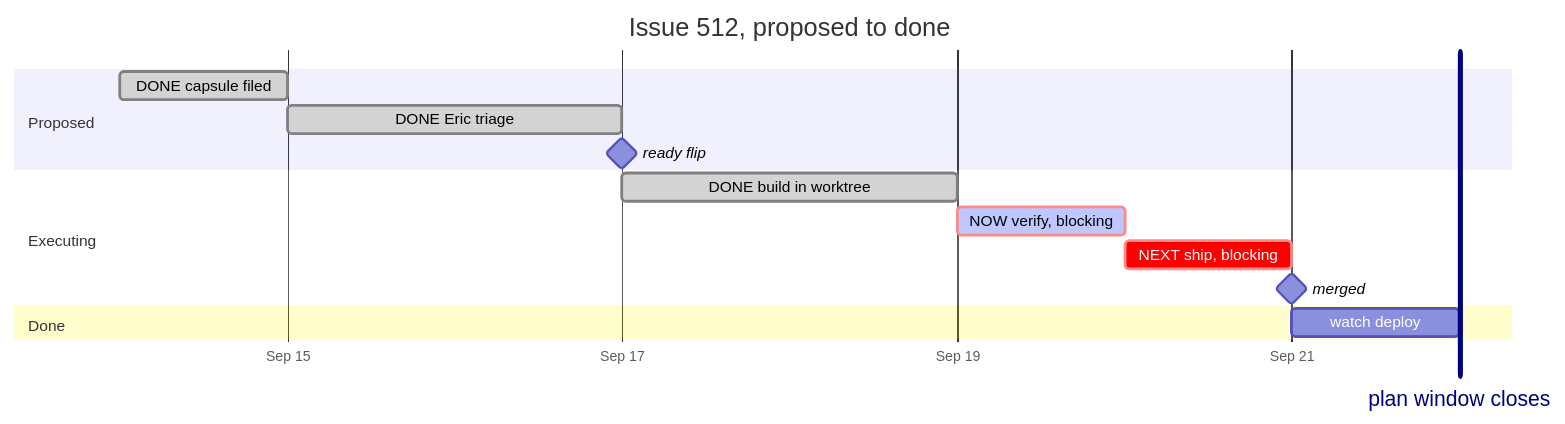
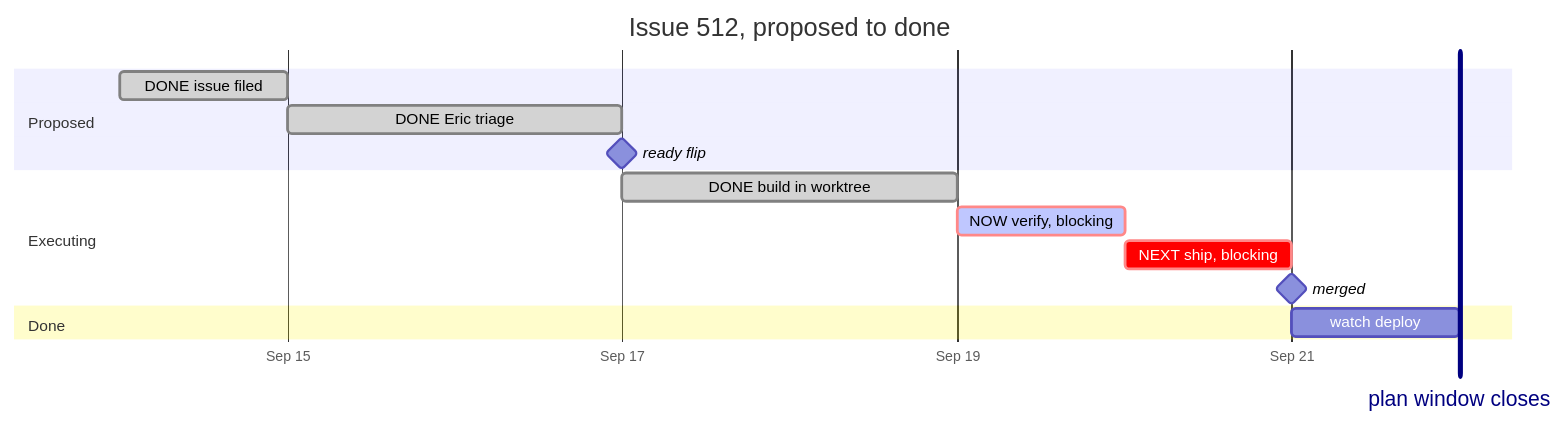
The second of 2 diagrams in .claude/skills/mermaid/reference/gantt.md (ejclark/skynet-capital), drawn with Mermaid before and after one commit. The commit also changed 12 other files, not shown here.

First line of the commit message:
feat(mermaid-lint): the round-3 rules — registry hex gated, handle / fork / house-noun notes

````diff
--- a/.claude/skills/mermaid/reference/gantt.md
+++ b/.claude/skills/mermaid/reference/gantt.md
@@ -163,20 +163,20 @@
 ```mermaid
 gantt
     title Issue 512, proposed to done
     dateFormat YYYY-MM-DD
     axisFormat %b %d
     tickInterval 2day
     todayMarker off
     section Proposed
-        DONE capsule filed      :done, cap, 2026-09-14, 1d
+        DONE issue filed      :done, cap, 2026-09-14, 1d
         DONE Eric triage        :done, tri, after cap, 2d
         ready flip              :milestone, rdy, after tri, 0d
     section Executing
         DONE build in worktree  :done, bld, after rdy, 2d
         NOW verify, blocking    :active, crit, ver, after bld, 1d
         NEXT ship, blocking     :crit, shp, after ver, 1d
         merged                  :milestone, mrg, after shp, 0d
     section Done
         watch deploy            :dep, after mrg, 1d
         plan window closes      :vert, dl, 2026-09-22, 0d
 ```
````
